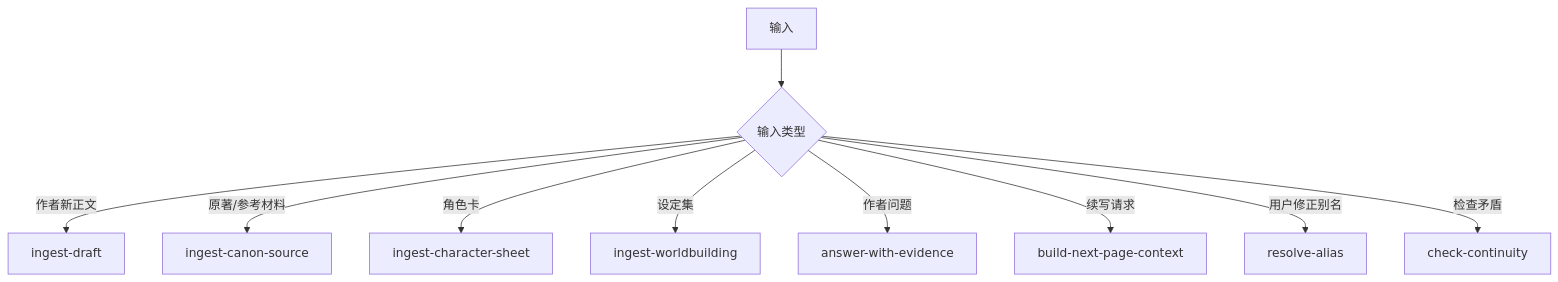
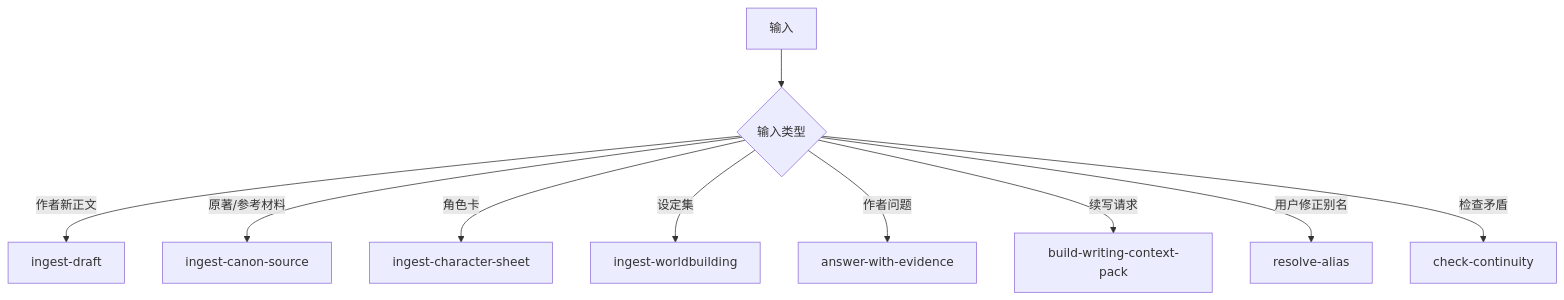
One commit to FrankQDWang/sextantlabs changed the second of 3 diagrams in goals/13-skills-and-resolver.md. Above: the diagram before and after it, drawn with Mermaid. The commit also changed other lines of this file and 313 other files, not shown here.

````diff
--- a/goals/13-skills-and-resolver.md
+++ b/goals/13-skills-and-resolver.md
@@ -74,12 +89,12 @@
 ```mermaid
 flowchart TD
     A[输入] --> B{输入类型}
     B -->|作者新正文| C[ingest-draft]
     B -->|原著/参考材料| D[ingest-canon-source]
     B -->|角色卡| E[ingest-character-sheet]
     B -->|设定集| F[ingest-worldbuilding]
     B -->|作者问题| G[answer-with-evidence]
-    B -->|续写请求| H[build-next-page-context]
+    B -->|续写请求| H[build-writing-context-pack]
     B -->|用户修正别名| I[resolve-alias]
     B -->|检查矛盾| J[check-continuity]
 ```
````
